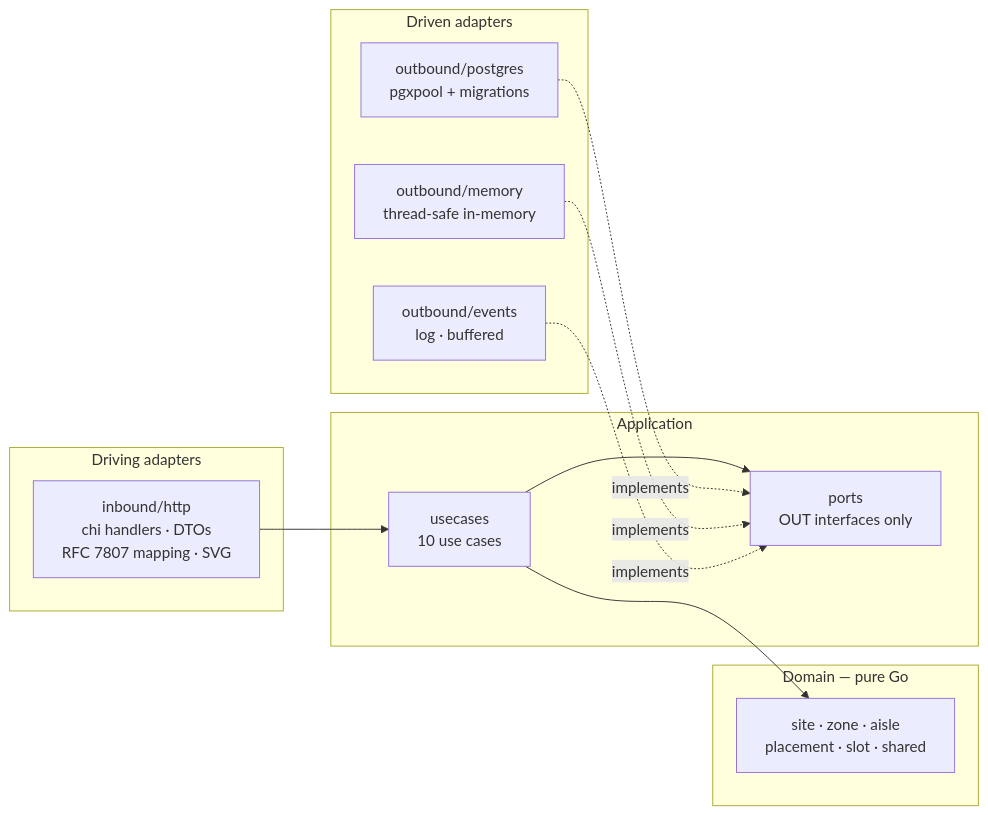
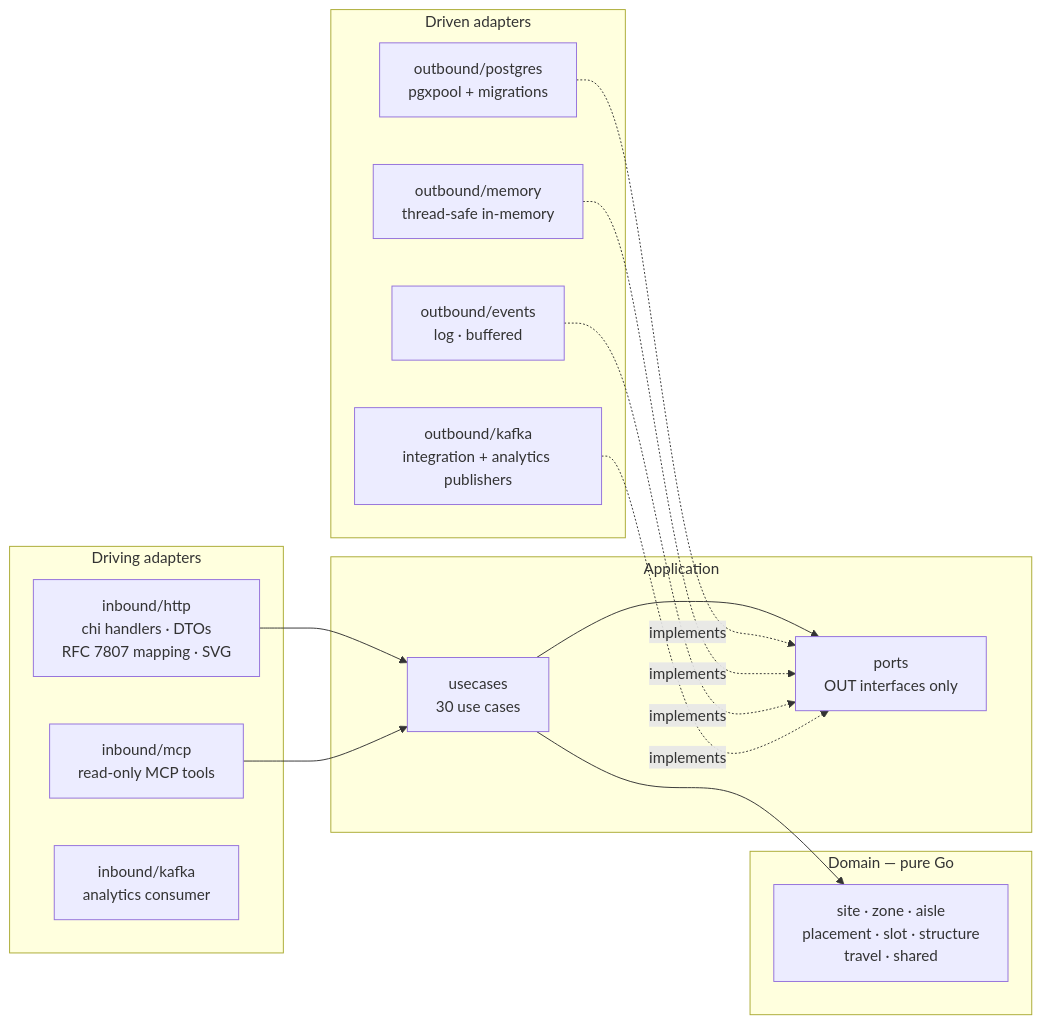
Before and after one commit to claudioed/facility-layout: the diagram in docs/docs/ddd/hexagonal-architecture.md, drawn with Mermaid. The commit also changed other lines of this file and 24 other files, not shown here.

````diff
--- a/docs/docs/ddd/hexagonal-architecture.md
+++ b/docs/docs/ddd/hexagonal-architecture.md
@@ -19,28 +19,33 @@
 ```mermaid
 graph LR
     subgraph Inbound["Driving adapters"]
         HTTP["inbound/http<br/>chi handlers · DTOs<br/>RFC 7807 mapping · SVG"]
+        MCP["inbound/mcp<br/>read-only MCP tools"]
+        KIN["inbound/kafka<br/>analytics consumer"]
     end
 
     subgraph App["Application"]
-        UC["usecases<br/>10 use cases"]
+        UC["usecases<br/>30 use cases"]
         P["ports<br/>OUT interfaces only"]
     end
 
     subgraph Dom["Domain — pure Go"]
-        D["site · zone · aisle<br/>placement · slot · shared"]
+        D["site · zone · aisle<br/>placement · slot · structure<br/>travel · shared"]
     end
 
     subgraph Outbound["Driven adapters"]
         PG["outbound/postgres<br/>pgxpool + migrations"]
         MEM["outbound/memory<br/>thread-safe in-memory"]
         EV["outbound/events<br/>log · buffered"]
+        KF["outbound/kafka<br/>integration + analytics publishers"]
     end
 
     HTTP --> UC
+    MCP --> UC
     UC --> D
     UC --> P
     PG -.implements.-> P
     MEM -.implements.-> P
     EV -.implements.-> P
+    KF -.implements.-> P
 ```
````
